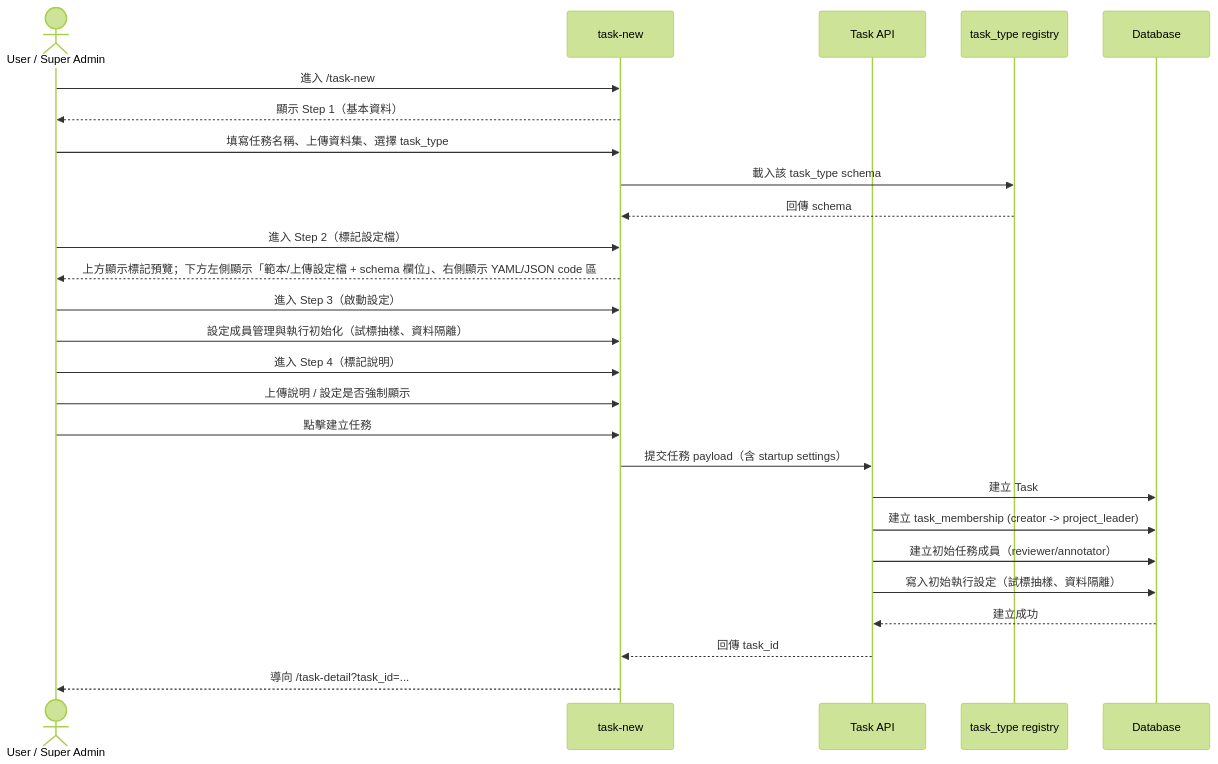
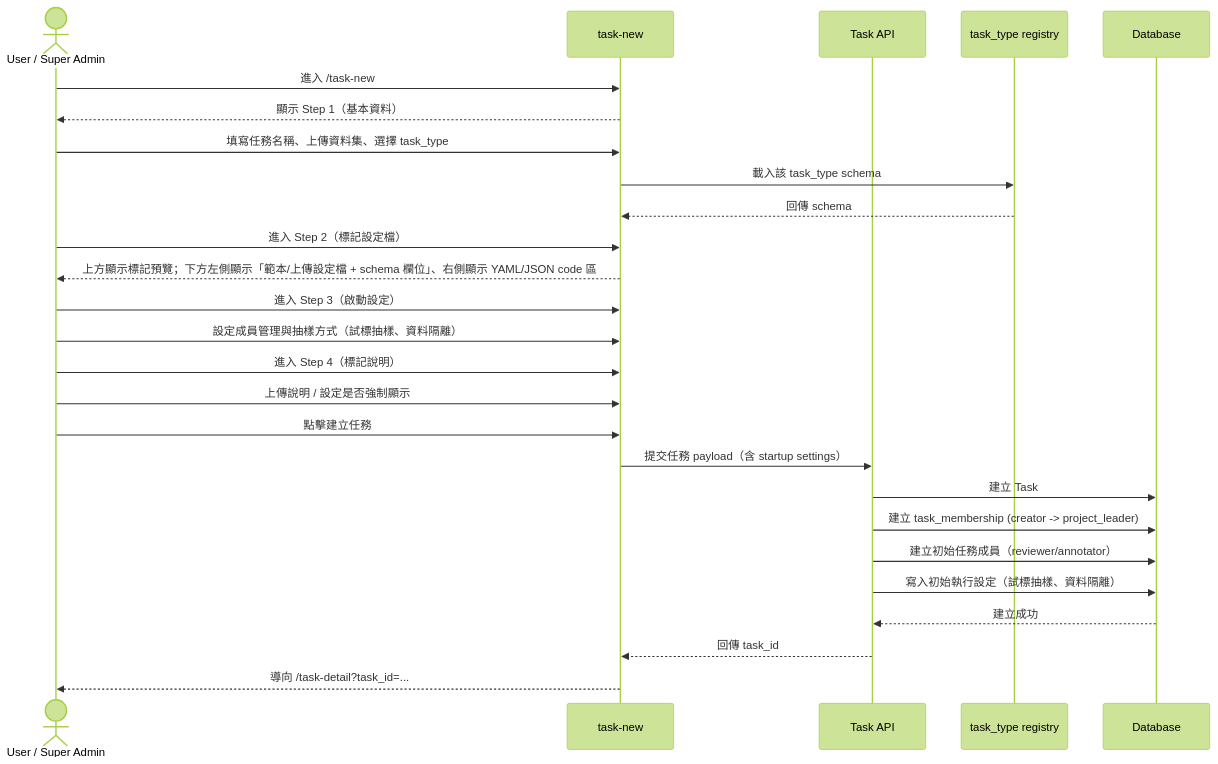
The first of 2 diagrams in specs/task-management/013-task-new/spec.md (singyichen/label-suite), drawn with Mermaid (forest theme) before and after one commit. The commit also changed other lines of this file and 6 other files, not shown here.

````diff
--- a/specs/task-management/013-task-new/spec.md
+++ b/specs/task-management/013-task-new/spec.md
@@ -37,34 +37,34 @@
 ```mermaid
 sequenceDiagram
     actor U as User / Super Admin
     participant UI as task-new
     participant API as Task API
     participant Registry as task_type registry
     participant DB as Database
 
     U->>UI: 進入 /task-new
     UI-->>U: 顯示 Step 1（基本資料）
 
     U->>UI: 填寫任務名稱、上傳資料集、選擇 task_type
     UI->>Registry: 載入該 task_type schema
     Registry-->>UI: 回傳 schema
 
     U->>UI: 進入 Step 2（標記設定檔）
     UI-->>U: 上方顯示標記預覽；下方左側顯示「範本/上傳設定檔 + schema 欄位」、右側顯示 YAML/JSON code 區
 
     U->>UI: 進入 Step 3（啟動設定）
-    U->>UI: 設定成員管理與執行初始化（試標抽樣、資料隔離）
+    U->>UI: 設定成員管理與抽樣方式（試標抽樣、資料隔離）
 
     U->>UI: 進入 Step 4（標記說明）
     U->>UI: 上傳說明 / 設定是否強制顯示
 
     U->>UI: 點擊建立任務
     UI->>API: 提交任務 payload（含 startup settings）
     API->>DB: 建立 Task
     API->>DB: 建立 task_membership (creator -> project_leader)
     API->>DB: 建立初始任務成員（reviewer/annotator）
     API->>DB: 寫入初始執行設定（試標抽樣、資料隔離）
     DB-->>API: 建立成功
     API-->>UI: 回傳 task_id
     UI-->>U: 導向 /task-detail?task_id=...
 ```
````
